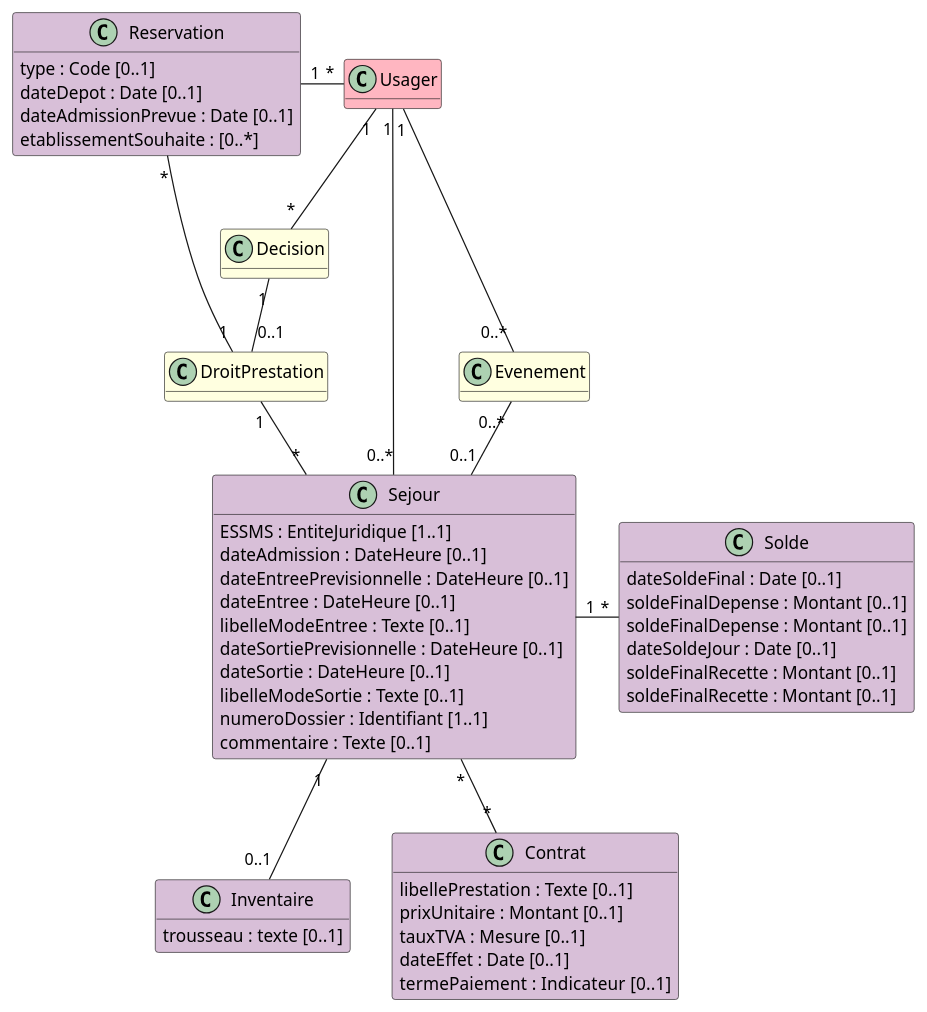
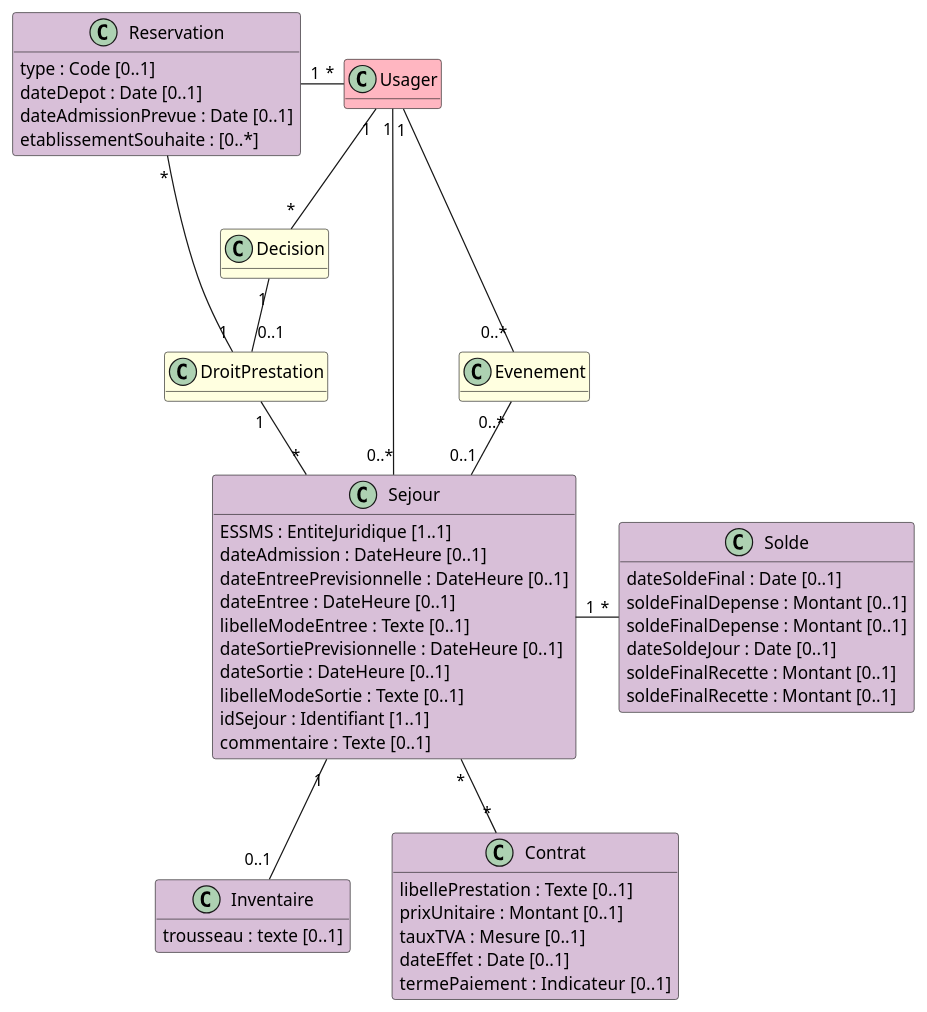
Before and after one commit to ansforge/IG-fhir-transfert-donnees-dui-esms: the diagram in input/images-source/bloc_sejours.plantuml, drawn with PlantUML.

```diff
--- a/input/images-source/bloc_sejours.plantuml
+++ b/input/images-source/bloc_sejours.plantuml
@@ -1,66 +1,66 @@
 @startuml
 
 hide empty methods
 
 class Usager #LightPink
 
 class Decision #LightYellow
 
 class DroitPrestation #LightYellow
 
 class Evenement #LightYellow
 
 class Reservation #Thistle {
     type : Code [0..1]
     dateDepot : Date [0..1]
     dateAdmissionPrevue : Date [0..1]
     etablissementSouhaite : [0..*]
 }
 
 class Sejour #Thistle {
     ESSMS : EntiteJuridique [1..1]
     dateAdmission : DateHeure [0..1]
     dateEntreePrevisionnelle : DateHeure [0..1]
     dateEntree : DateHeure [0..1]
     libelleModeEntree : Texte [0..1]
     dateSortiePrevisionnelle : DateHeure [0..1]
     dateSortie : DateHeure [0..1]
     libelleModeSortie : Texte [0..1]
-    numeroDossier : Identifiant [1..1]
+    idSejour : Identifiant [1..1]
     commentaire : Texte [0..1] 
 }
 
 class Inventaire #Thistle { 
     trousseau : texte [0..1]
 }
 
 class Solde #Thistle {
     dateSoldeFinal : Date [0..1]
     soldeFinalDepense : Montant [0..1]
     soldeFinalDepense : Montant [0..1]
     dateSoldeJour : Date [0..1]
     soldeFinalRecette : Montant [0..1]
     soldeFinalRecette : Montant [0..1]
 }
 
 class Contrat #Thistle {
     libellePrestation : Texte [0..1]
     prixUnitaire : Montant [0..1]
     tauxTVA : Mesure [0..1]
     dateEffet : Date [0..1]
     termePaiement : Indicateur  [0..1]
 }
 
 Usager "1" -- "*" Decision
 Decision "1" -- "0..1" DroitPrestation
 Reservation "*" - "1" DroitPrestation
 Reservation "1" - "*" Usager
 DroitPrestation "1" -- "*" Sejour
 Sejour "1" -- "0..1" Inventaire
 Sejour "1" - "*" Solde
 Sejour "*" -- "*" Contrat
 Usager "1" - "0..*" Sejour
 Evenement "0..*" -- "0..1" Sejour
 Usager "1" -- "0..*" Evenement
 
 @enduml
```
